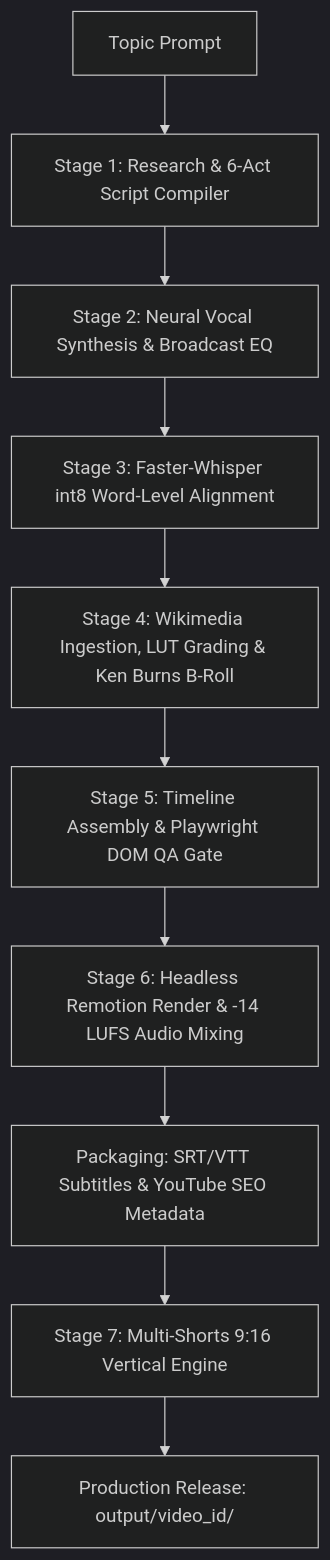
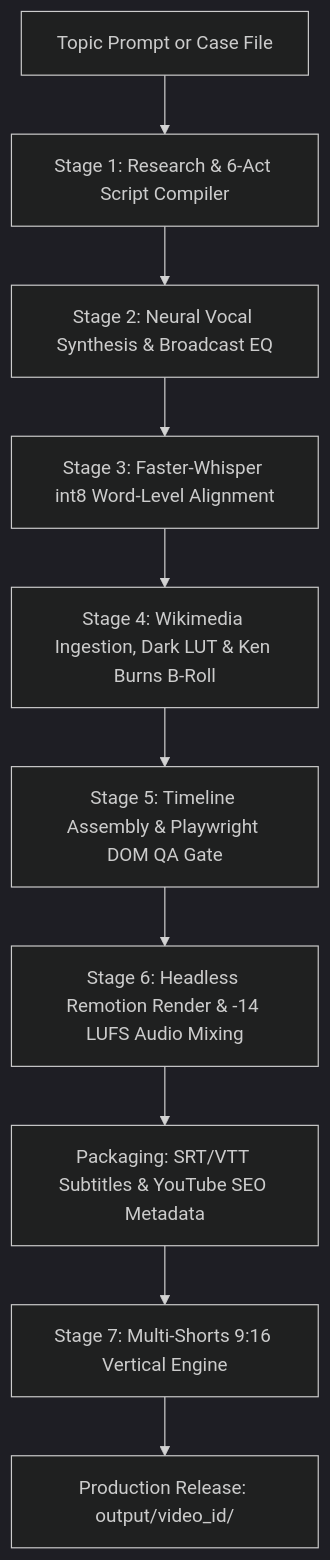
The second of 2 diagrams in README.md (Minhaj009/vexloci), drawn with Mermaid (dark theme) before and after one commit. The commit also changed other lines of this file, not shown here.

````diff
--- a/README.md
+++ b/README.md
@@ -75,12 +103,12 @@
 ```mermaid
 flowchart TD
-    A[Topic Prompt] --> B[Stage 1: Research & 6-Act Script Compiler]
+    A[Topic Prompt or Case File] --> B[Stage 1: Research & 6-Act Script Compiler]
     B --> C[Stage 2: Neural Vocal Synthesis & Broadcast EQ]
     C --> D[Stage 3: Faster-Whisper int8 Word-Level Alignment]
-    D --> E[Stage 4: Wikimedia Ingestion, LUT Grading & Ken Burns B-Roll]
+    D --> E[Stage 4: Wikimedia Ingestion, Dark LUT & Ken Burns B-Roll]
     E --> F[Stage 5: Timeline Assembly & Playwright DOM QA Gate]
     F --> G[Stage 6: Headless Remotion Render & -14 LUFS Audio Mixing]
     G --> H[Packaging: SRT/VTT Subtitles & YouTube SEO Metadata]
     H --> I[Stage 7: Multi-Shorts 9:16 Vertical Engine]
     I --> J[Production Release: output/video_id/]
 ```
````
